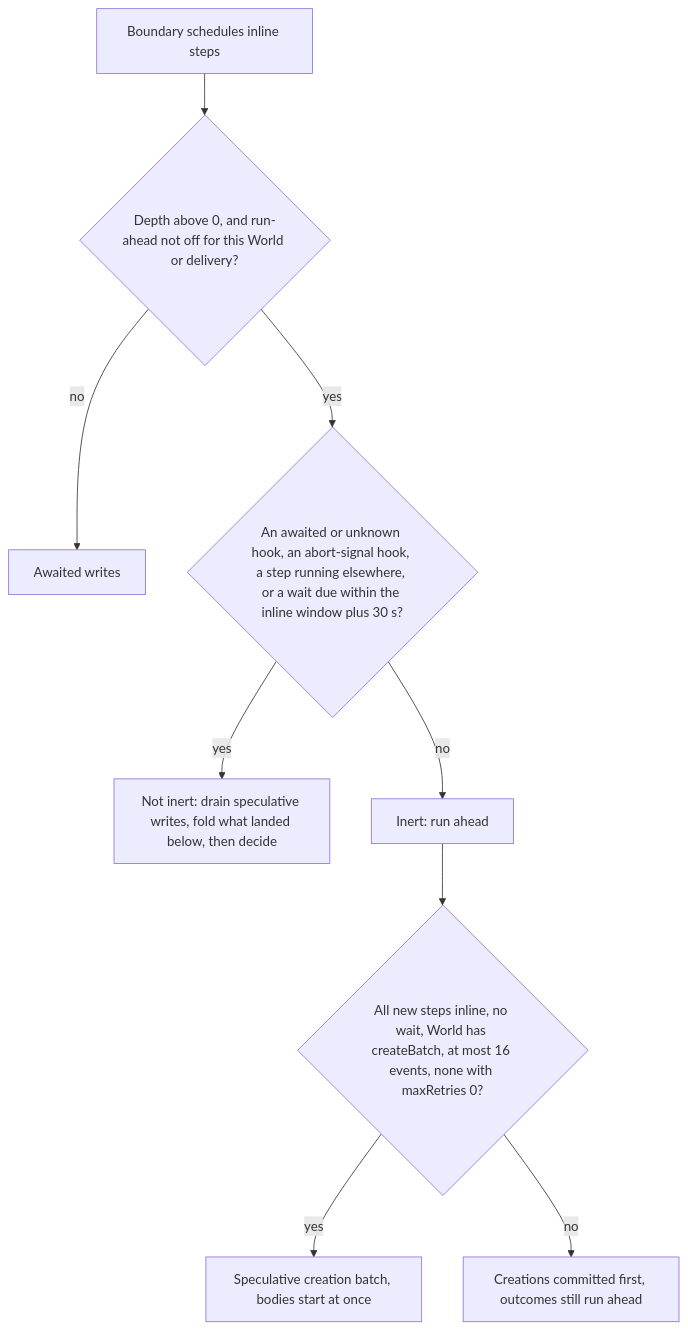
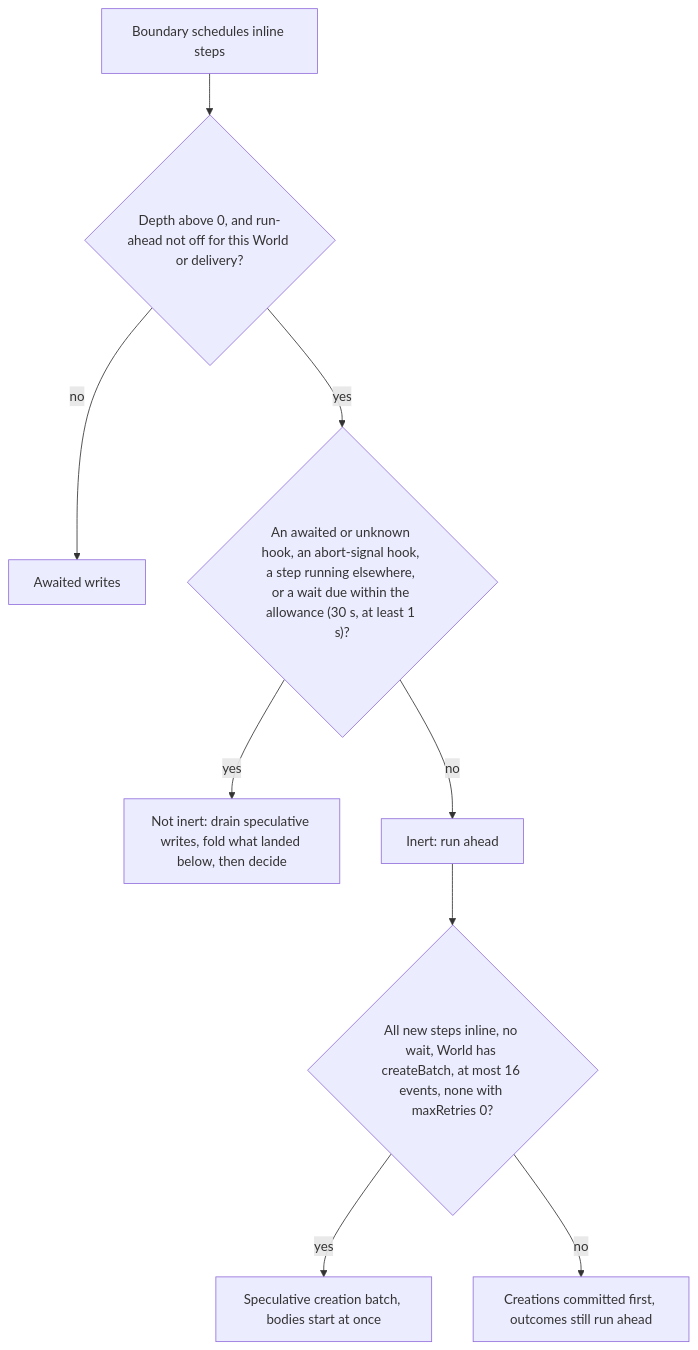
One commit to vercel/workflow changed the fourth of 21 diagrams in packages/core/src/runtime/spec9/README.md. Above: the diagram before and after it, drawn with Mermaid. The commit also changed other lines of this file and 16 other files, not shown here.

First line of the commit message:
[core] Counts a wait as due only within the skew allowance for run-ahead (#5659)

````diff
--- a/packages/core/src/runtime/spec9/README.md
+++ b/packages/core/src/runtime/spec9/README.md
@@ -462,11 +462,11 @@
 ```mermaid
 flowchart TD
     A["Boundary schedules inline steps"] --> B{"Depth above 0, and run-ahead not off for this World or delivery?"}
     B -->|"no"| AW["Awaited writes"]
-    B -->|"yes"| C{"An awaited or unknown hook, an abort-signal hook, a step running elsewhere, or a wait due within the inline window plus 30 s?"}
+    B -->|"yes"| C{"An awaited or unknown hook, an abort-signal hook, a step running elsewhere, or a wait due within the allowance (30 s, at least 1 s)?"}
     C -->|"yes"| DR["Not inert: drain speculative writes, fold what landed below, then decide"]
     C -->|"no"| G["Inert: run ahead"]
     G --> H{"All new steps inline, no wait, World has createBatch, at most 16 events, none with maxRetries 0?"}
     H -->|"yes"| SC["Speculative creation batch, bodies start at once"]
     H -->|"no"| PC["Creations committed first, outcomes still run ahead"]
 ```
````
